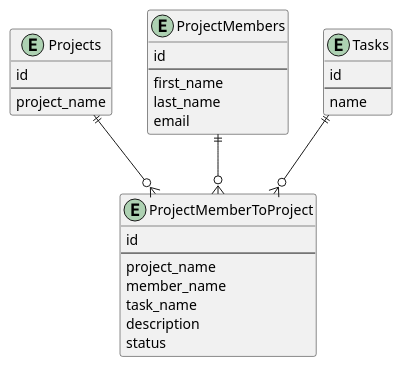
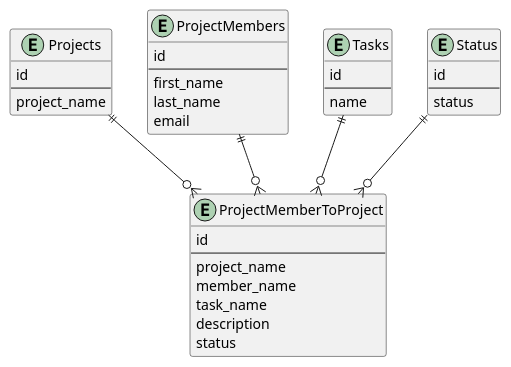
Before and after one commit to Ellaoui94/pgr203eksamen-eirik124: the diagram in docs/database_structure.puml, drawn with PlantUML. The commit also changed 16 other files, not shown here.

```diff
--- a/docs/database_structure.puml
+++ b/docs/database_structure.puml
@@ -1,35 +1,42 @@
 @startuml
 entity Projects {
     id
     --
     project_name
 }
 
 entity ProjectMembers {
     id
     --
     first_name
     last_name
     email
 }
 
 entity Tasks {
     id
     --
     name
 }
 
 entity ProjectMemberToProject {
     id
     --
     project_name
     member_name
     task_name
     description
     status
 }
 
+entity Status {
+    id
+    --
+    status
+}
+
 Projects ||--o{ ProjectMemberToProject
 ProjectMembers ||--o{ ProjectMemberToProject
 Tasks ||--o{ ProjectMemberToProject
+Status ||--o{ ProjectMemberToProject
 @enduml
```
